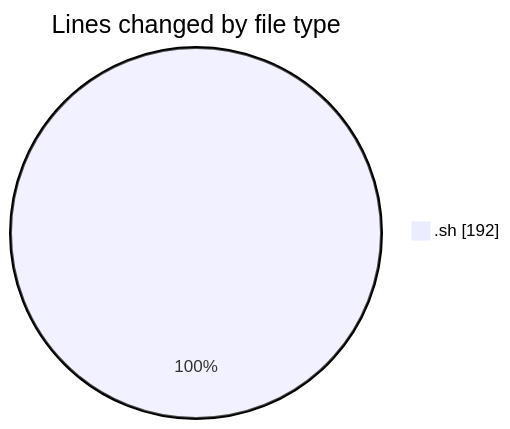
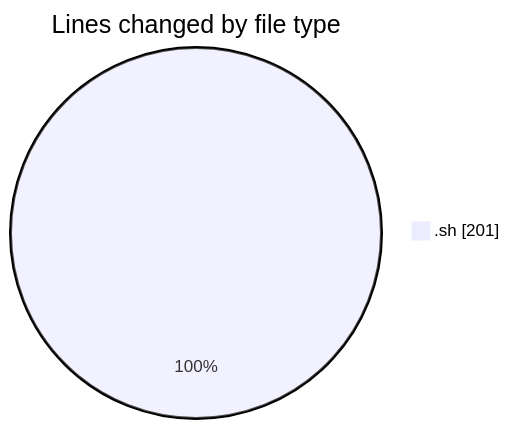
Before and after one commit to ricardozamudiocil/code-tracking: the first of 2 diagrams in 2026-11-10/scripts/README.md, drawn with Mermaid. The commit also changed other lines of this file and 1 other file, not shown here.

````diff
--- a/2026-11-10/scripts/README.md
+++ b/2026-11-10/scripts/README.md
@@ -20,5 +20,5 @@
 ```mermaid
 pie showData
 title Lines changed by file type
-".sh" : 192
+".sh" : 201
 ```
````
